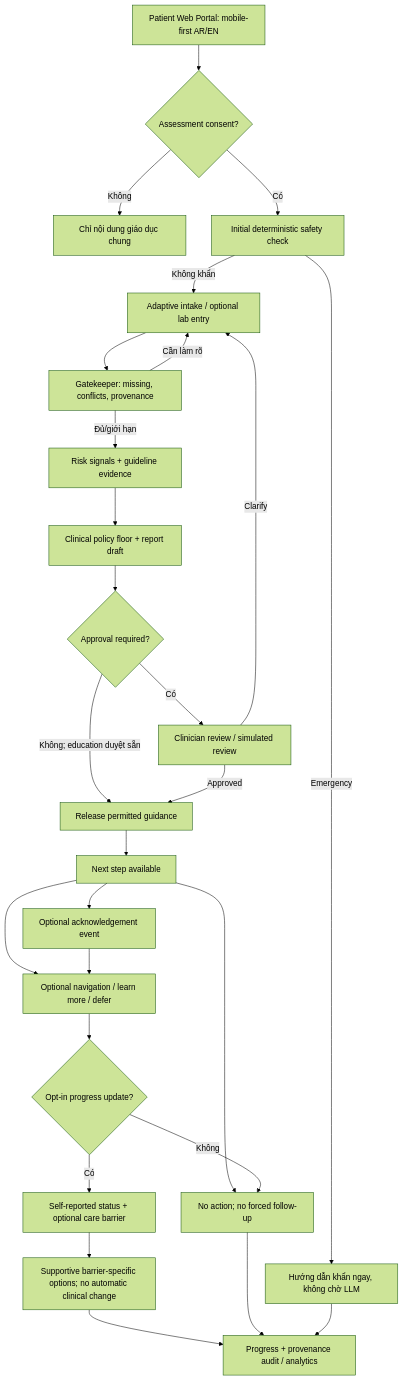
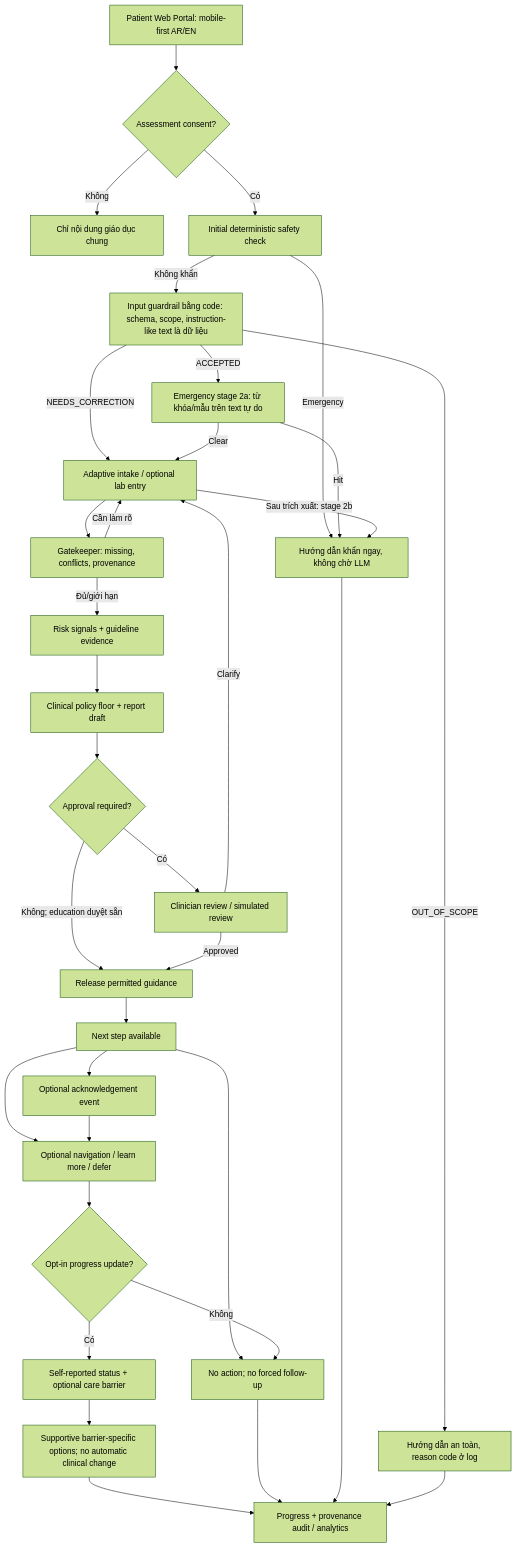
One commit to aetherhealth-sanad/sanad-front-door changed the second of 2 diagrams in specs/Sanad_AetherHealth_BRD_v0.4.md. Above: the diagram before and after it, drawn with Mermaid (forest theme). The commit also changed other lines of this file and 1 other file, not shown here.

````diff
--- a/specs/Sanad_AetherHealth_BRD_v0.4.md
+++ b/specs/Sanad_AetherHealth_BRD_v0.4.md
@@ -231,29 +231,36 @@
 ```mermaid
 flowchart TD
     A[Patient Web Portal: mobile-first AR/EN] --> B{Assessment consent?}
     B -->|Không| Z[Chỉ nội dung giáo dục chung]
     B -->|Có| C[Initial deterministic safety check]
     C -->|Emergency| E[Hướng dẫn khẩn ngay, không chờ LLM]
-    C -->|Không khẩn| D[Adaptive intake / optional lab entry]
+    C -->|Không khẩn| IG[Input guardrail bằng code: schema, scope, instruction-like text là dữ liệu]
+    IG -->|OUT_OF_SCOPE| OS[Hướng dẫn an toàn, reason code ở log]
+    IG -->|NEEDS_CORRECTION| D
+    IG -->|ACCEPTED| EM2[Emergency stage 2a: từ khóa/mẫu trên text tự do]
+    EM2 -->|Hit| E
+    EM2 -->|Clear| D[Adaptive intake / optional lab entry]
+    D -->|Sau trích xuất: stage 2b| E
     D --> F[Gatekeeper: missing, conflicts, provenance]
     F -->|Cần làm rõ| D
     F -->|Đủ/giới hạn| G[Risk signals + guideline evidence]
     G --> H[Clinical policy floor + report draft]
     H --> I{Approval required?}
     I -->|Có| J[Clinician review / simulated review]
     I -->|Không; education duyệt sẵn| K[Release permitted guidance]
     J -->|Approved| K
     J -->|Clarify| D
     K --> L[Next step available]
     L --> M[Optional acknowledgement event]
     L --> N[Optional navigation / learn more / defer]
     M --> N
     L --> P[No action; no forced follow-up]
     N --> Q{Opt-in progress update?}
     Q -->|Có| R[Self-reported status + optional care barrier]
     Q -->|Không| P
     R --> S[Supportive barrier-specific options; no automatic clinical change]
     S --> T[Progress + provenance audit / analytics]
     P --> T
     E --> T
+    OS --> T
 ```
````
